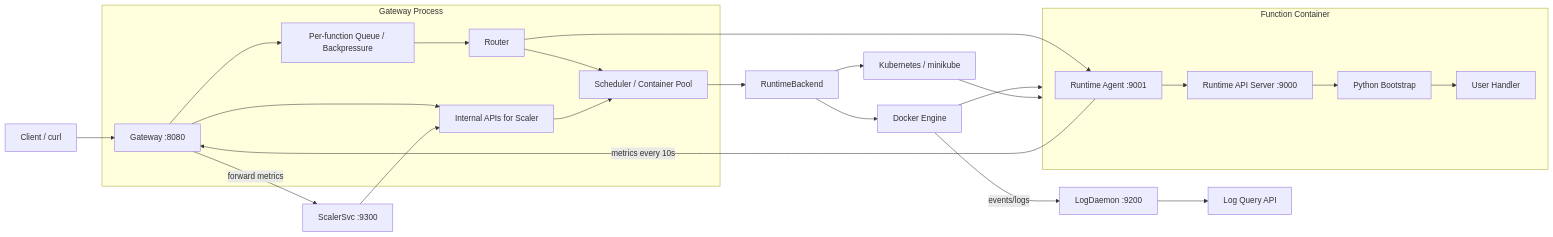
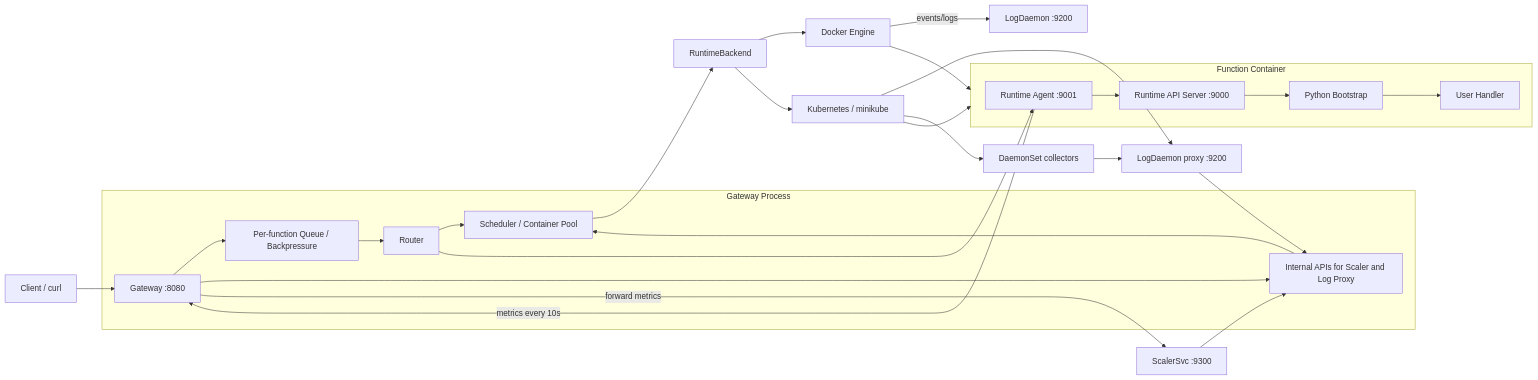
The first of 4 diagrams in README.md (mXIAoZ/Serverless), drawn with Mermaid before and after one commit. The commit also changed other lines of this file and 26 other files, not shown here.

````diff
--- a/README.md
+++ b/README.md
@@ -44,36 +122,39 @@
 ```mermaid
 flowchart LR
     Client[Client / curl] --> Gateway[Gateway :8080]
 
     subgraph GatewayProcess[Gateway Process]
         Gateway --> Queue[Per-function Queue / Backpressure]
         Queue --> Router[Router]
         Router --> Scheduler[Scheduler / Container Pool]
-        Gateway --> InternalAPI[Internal APIs for Scaler]
+        Gateway --> InternalAPI[Internal APIs for Scaler and Log Proxy]
     end
 
     Scheduler --> Backend[RuntimeBackend]
     Backend --> Docker[Docker Engine]
     Backend --> K8s[Kubernetes / minikube]
     Docker --> Container[Function Container]
     K8s --> Container
 
     subgraph Container[Function Container]
         Agent[Runtime Agent :9001]
         Runtime[Runtime API Server :9000]
         Bootstrap[Python Bootstrap]
         Handler[User Handler]
         Agent --> Runtime
         Runtime --> Bootstrap
         Bootstrap --> Handler
     end
 
     Router --> Agent
     Agent -- metrics every 10s --> Gateway
     Gateway -- forward metrics --> ScalerSvc[ScalerSvc :9300]
     ScalerSvc --> InternalAPI
     InternalAPI --> Scheduler
 
     Docker -- events/logs --> LogDaemon[LogDaemon :9200]
-    LogDaemon --> LogAPI[Log Query API]
+    K8s --> LogProxy[LogDaemon proxy :9200]
+    LogProxy --> InternalAPI
+    K8s --> CollectorDS[DaemonSet collectors]
+    CollectorDS --> LogProxy
 ```
````
